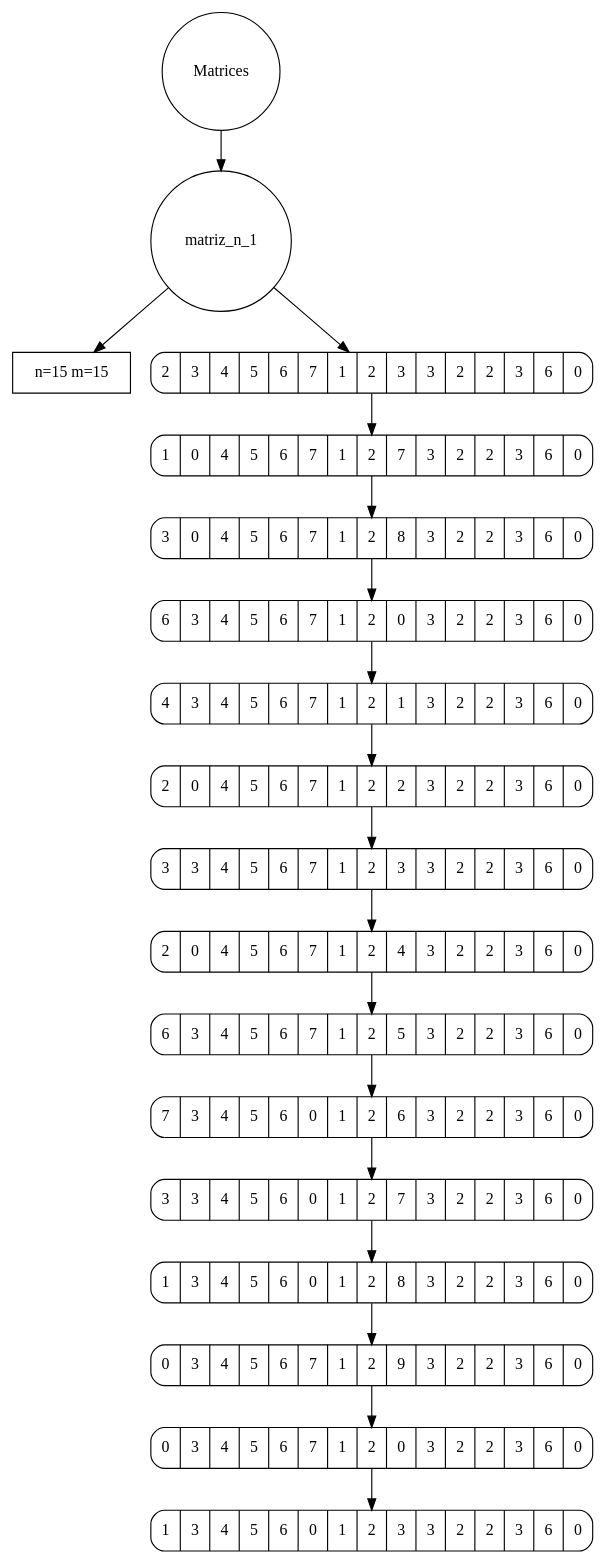
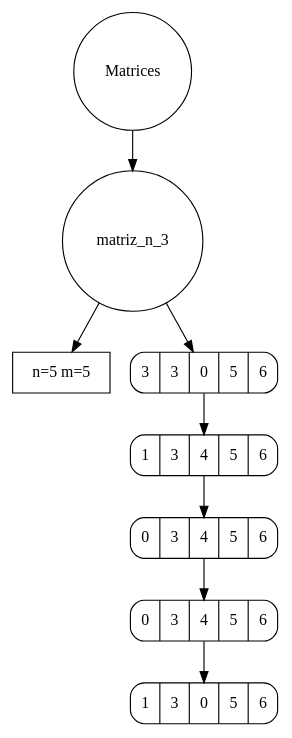
One commit to jeach27/IPC2_Proyecto1_201903873 changed the diagram in grafo.dot. Above: the diagram before and after it, drawn with Graphviz. The commit also changed 3 other files, not shown here.

```diff
--- a/grafo.dot
+++ b/grafo.dot
@@ -1,37 +1,17 @@
 digraph G{
 A[label="Matrices", shape="circle"]
-<lista.Nodo object at 0x000002A6D1CE7B20>[label="matriz_n_1",shape="circle"]
-1515[label="n=15 m=15",shape="box"]
-01515[label="{ { 2 | 3 | 4 | 5 | 6 | 7 | 1 | 2 | 3 | 3 | 2 | 2 | 3 | 6 | 0 } }",shape="Mrecord"]
-11515[label="{ { 1 | 0 | 4 | 5 | 6 | 7 | 1 | 2 | 7 | 3 | 2 | 2 | 3 | 6 | 0 } }",shape="Mrecord"]
-21515[label="{ { 3 | 0 | 4 | 5 | 6 | 7 | 1 | 2 | 8 | 3 | 2 | 2 | 3 | 6 | 0 } }",shape="Mrecord"]
-31515[label="{ { 6 | 3 | 4 | 5 | 6 | 7 | 1 | 2 | 0 | 3 | 2 | 2 | 3 | 6 | 0 } }",shape="Mrecord"]
-41515[label="{ { 4 | 3 | 4 | 5 | 6 | 7 | 1 | 2 | 1 | 3 | 2 | 2 | 3 | 6 | 0 } }",shape="Mrecord"]
-51515[label="{ { 2 | 0 | 4 | 5 | 6 | 7 | 1 | 2 | 2 | 3 | 2 | 2 | 3 | 6 | 0 } }",shape="Mrecord"]
-61515[label="{ { 3 | 3 | 4 | 5 | 6 | 7 | 1 | 2 | 3 | 3 | 2 | 2 | 3 | 6 | 0 } }",shape="Mrecord"]
-71515[label="{ { 2 | 0 | 4 | 5 | 6 | 7 | 1 | 2 | 4 | 3 | 2 | 2 | 3 | 6 | 0 } }",shape="Mrecord"]
-81515[label="{ { 6 | 3 | 4 | 5 | 6 | 7 | 1 | 2 | 5 | 3 | 2 | 2 | 3 | 6 | 0 } }",shape="Mrecord"]
-91515[label="{ { 7 | 3 | 4 | 5 | 6 | 0 | 1 | 2 | 6 | 3 | 2 | 2 | 3 | 6 | 0 } }",shape="Mrecord"]
-101515[label="{ { 3 | 3 | 4 | 5 | 6 | 0 | 1 | 2 | 7 | 3 | 2 | 2 | 3 | 6 | 0 } }",shape="Mrecord"]
-111515[label="{ { 1 | 3 | 4 | 5 | 6 | 0 | 1 | 2 | 8 | 3 | 2 | 2 | 3 | 6 | 0 } }",shape="Mrecord"]
-121515[label="{ { 0 | 3 | 4 | 5 | 6 | 7 | 1 | 2 | 9 | 3 | 2 | 2 | 3 | 6 | 0 } }",shape="Mrecord"]
-131515[label="{ { 0 | 3 | 4 | 5 | 6 | 7 | 1 | 2 | 0 | 3 | 2 | 2 | 3 | 6 | 0 } }",shape="Mrecord"]
-141515[label="{ { 1 | 3 | 4 | 5 | 6 | 0 | 1 | 2 | 3 | 3 | 2 | 2 | 3 | 6 | 0 } }",shape="Mrecord"]
-A-><lista.Nodo object at 0x000002A6D1CE7B20>
-<lista.Nodo object at 0x000002A6D1CE7B20>->1515
-<lista.Nodo object at 0x000002A6D1CE7B20>->01515
-01515->11515
-11515->21515
-21515->31515
-31515->41515
-41515->51515
-51515->61515
-61515->71515
-71515->81515
-81515->91515
-91515->101515
-101515->111515
-111515->121515
-121515->131515
-131515->141515
+<lista.Nodo object at 0x0000016A3849E070>[label="matriz_n_3",shape="circle"]
+55[label="n=5 m=5",shape="box"]
+055[label="{ { 3 | 3 | 0 | 5 | 6 } }",shape="Mrecord"]
+155[label="{ { 1 | 3 | 4 | 5 | 6 } }",shape="Mrecord"]
+255[label="{ { 0 | 3 | 4 | 5 | 6 } }",shape="Mrecord"]
+355[label="{ { 0 | 3 | 4 | 5 | 6 } }",shape="Mrecord"]
+455[label="{ { 1 | 3 | 0 | 5 | 6 } }",shape="Mrecord"]
+A-><lista.Nodo object at 0x0000016A3849E070>
+<lista.Nodo object at 0x0000016A3849E070>->55
+<lista.Nodo object at 0x0000016A3849E070>->055
+055->155
+155->255
+255->355
+355->455
 }
```
